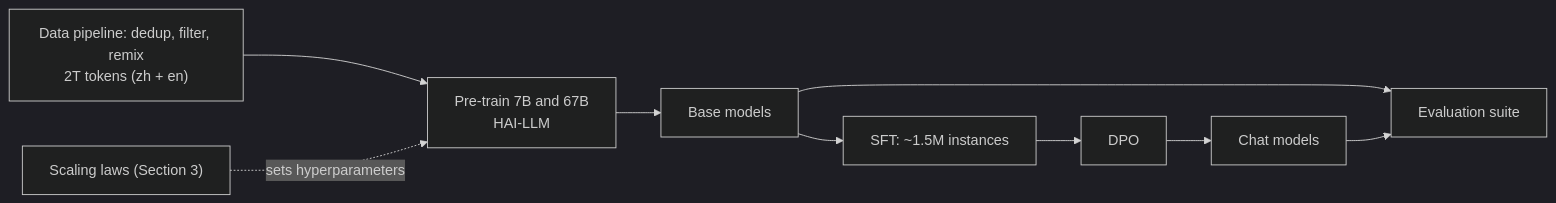
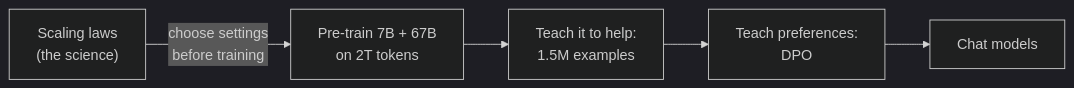
Before and after one commit to oat431/oralita_md: the diagram in daily-paper/deepseek-llm-scaling-with-longtermism.md, drawn with Mermaid (dark theme). The commit also changed other lines of this file and 12 other files, not shown here.

````diff
--- a/daily-paper/deepseek-llm-scaling-with-longtermism.md
+++ b/daily-paper/deepseek-llm-scaling-with-longtermism.md
@@ -62,11 +49,7 @@
 ```mermaid
 flowchart LR
-  D["Data pipeline: dedup, filter, remix<br/>2T tokens (zh + en)"] --> LM["Pre-train 7B and 67B<br/>HAI-LLM"]
-  SL["Scaling laws (Section 3)"] -.->|"sets hyperparameters"| LM
-  LM --> BASE["Base models"]
-  BASE --> SFT["SFT: ~1.5M instances"]
-  SFT --> DPO["DPO"]
+  SL["Scaling laws<br/>(the science)"] -->|"choose settings<br/>before training"| PT["Pre-train 7B + 67B<br/>on 2T tokens"]
+  PT --> SFT["Teach it to help:<br/>1.5M examples"]
+  SFT --> DPO["Teach preferences:<br/>DPO"]
   DPO --> CHAT["Chat models"]
-  BASE --> EV["Evaluation suite"]
-  CHAT --> EV
 ```
````
